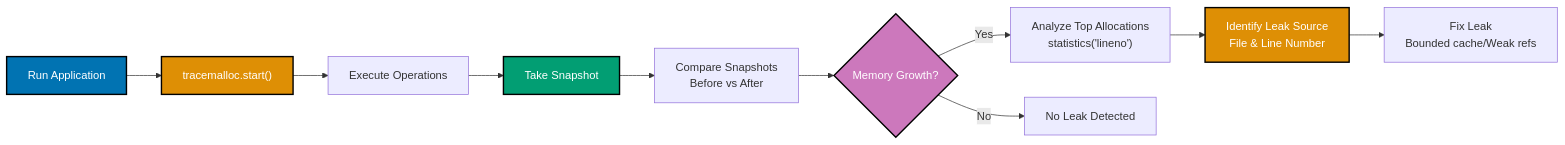
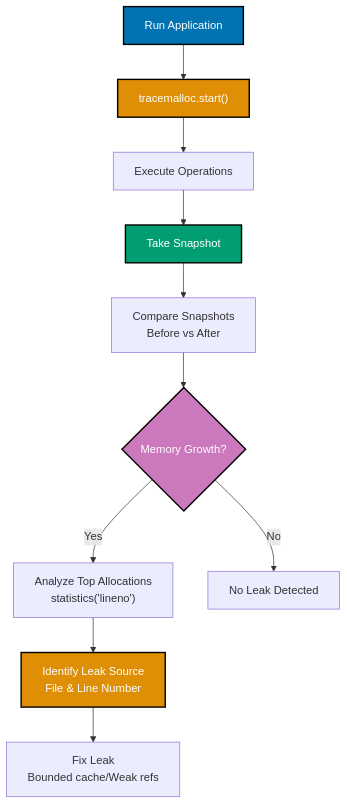
Before and after one commit to wahidyankf/ose-primer: the third of 4 diagrams in docs/explanation/software-engineering/programming-languages/python/memory-management.md, drawn with Mermaid. The commit also changed 12 other files, not shown here.

Commit message:
fix(docs): fix mermaid violations in python/ docs (batch 2/10)

````diff
--- a/docs/explanation/software-engineering/programming-languages/python/memory-management.md
+++ b/docs/explanation/software-engineering/programming-languages/python/memory-management.md
@@ -330,22 +330,22 @@
 ```mermaid
 %% Color Palette: Blue #0173B2, Orange #DE8F05, Teal #029E73, Purple #CC78BC
-graph LR
+graph TD
   A[Run Application] --> B[tracemalloc.start#40;#41;]
   B --> C[Execute Operations]
   C --> D[Take Snapshot]
 
   D --> E[Compare Snapshots<br/>Before vs After]
   E --> F{Memory Growth?}
 
   F -->|Yes| G[Analyze Top Allocations<br/>statistics#40;'lineno'#41;]
   F -->|No| H[No Leak Detected]
 
   G --> I[Identify Leak Source<br/>File & Line Number]
   I --> J[Fix Leak<br/>Bounded cache/Weak refs]
 
   style A fill:#0173B2,stroke:#000,color:#fff,stroke-width:2px
   style B fill:#DE8F05,stroke:#000,color:#fff,stroke-width:2px
   style D fill:#029E73,stroke:#000,color:#fff,stroke-width:2px
   style F fill:#CC78BC,stroke:#000,color:#fff,stroke-width:2px
   style I fill:#DE8F05,stroke:#000,color:#fff,stroke-width:2px
 ```
````
